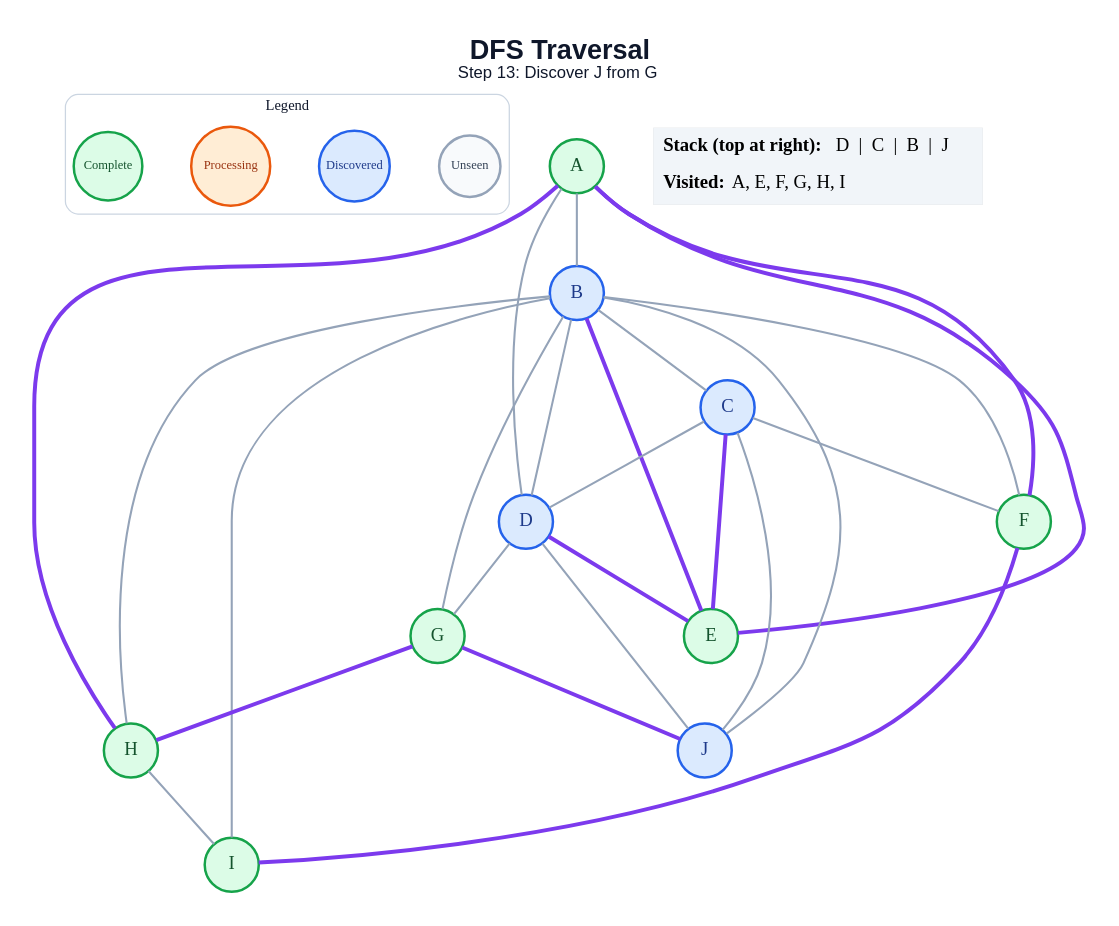
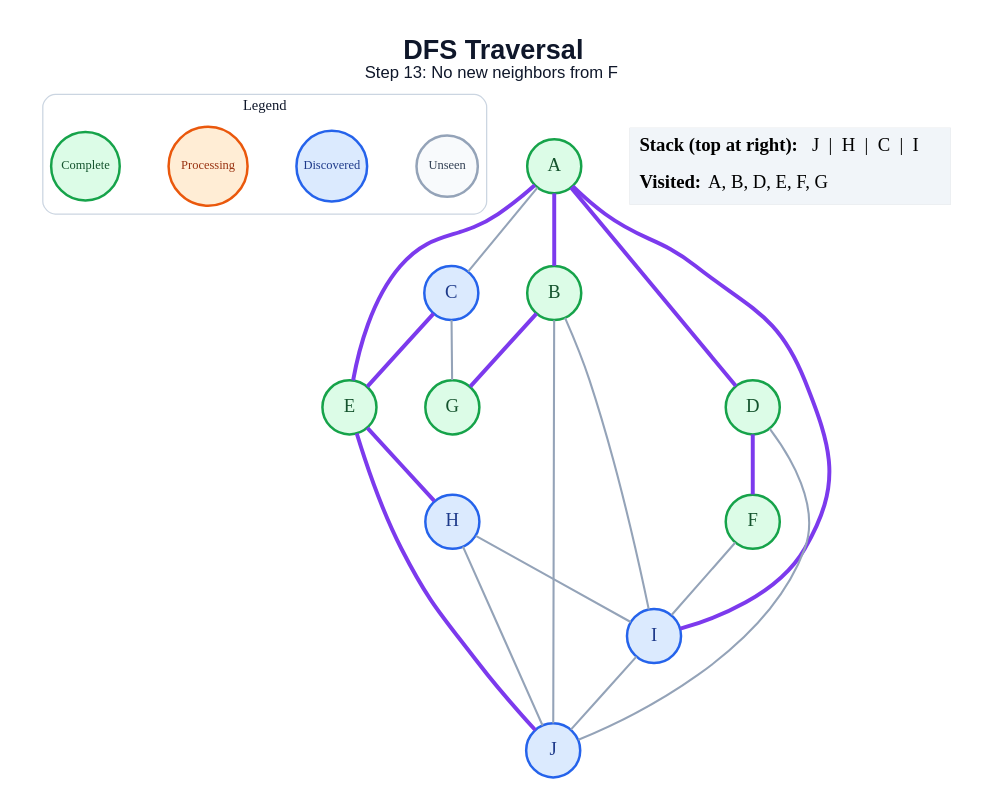
The diagram in generated/specific-node/dfs/step_13.dot (amanghodawala9/ai-slop), drawn with Graphviz before and after one commit. The commit also changed 178 other files, not shown here.

```diff
--- a/generated/specific-node/dfs/step_13.dot
+++ b/generated/specific-node/dfs/step_13.dot
@@ -1,53 +1,47 @@
 graph traversal {
   graph [layout=dot, rankdir=TB, bgcolor="#FFFFFF", pad="0.35", nodesep="0.65", ranksep="0.8", fontname="Arial"];
   node [shape=circle, style="filled", fontname="Arial Bold", fontsize=18, width=0.72, fixedsize=true, penwidth=2.4];
   edge [color="#94A3B8", penwidth=2.0];
-  label=<<B>DFS Traversal</B><BR/><FONT POINT-SIZE="16">Step 13: Discover J from G</FONT>>; labelloc="t"; fontsize=26; fontname="Arial"; fontcolor="#0F172A";
+  label=<<B>DFS Traversal</B><BR/><FONT POINT-SIZE="16">Step 13: No new neighbors from F</FONT>>; labelloc="t"; fontsize=26; fontname="Arial"; fontcolor="#0F172A";
   subgraph cluster_legend { label="Legend"; color="#CBD5E1"; penwidth=1.2; style="rounded"; fontsize=14; fontname="Arial Bold";
     key_unseen [label="Unseen", fillcolor="#F8FAFC", color="#94A3B8", fontcolor="#334155", fontsize=12, width=0.82];
     key_frontier [label="Discovered", fillcolor="#DBEAFE", color="#2563EB", fontcolor="#1E3A8A", fontsize=12, width=0.95];
     key_current [label="Processing", fillcolor="#FFEDD5", color="#EA580C", fontcolor="#9A3412", fontsize=12, width=1.05];
     key_done [label="Complete", fillcolor="#DCFCE7", color="#16A34A", fontcolor="#14532D", fontsize=12, width=0.92];
     { rank=same; key_unseen; key_frontier; key_current; key_done; }
   }
   A [fillcolor="#DCFCE7", color="#16A34A", fontcolor="#14532D"];
-  B [fillcolor="#DBEAFE", color="#2563EB", fontcolor="#1E3A8A"];
+  B [fillcolor="#DCFCE7", color="#16A34A", fontcolor="#14532D"];
   C [fillcolor="#DBEAFE", color="#2563EB", fontcolor="#1E3A8A"];
-  D [fillcolor="#DBEAFE", color="#2563EB", fontcolor="#1E3A8A"];
+  D [fillcolor="#DCFCE7", color="#16A34A", fontcolor="#14532D"];
   E [fillcolor="#DCFCE7", color="#16A34A", fontcolor="#14532D"];
   F [fillcolor="#DCFCE7", color="#16A34A", fontcolor="#14532D"];
   G [fillcolor="#DCFCE7", color="#16A34A", fontcolor="#14532D"];
-  H [fillcolor="#DCFCE7", color="#16A34A", fontcolor="#14532D"];
-  I [fillcolor="#DCFCE7", color="#16A34A", fontcolor="#14532D"];
+  H [fillcolor="#DBEAFE", color="#2563EB", fontcolor="#1E3A8A"];
+  I [fillcolor="#DBEAFE", color="#2563EB", fontcolor="#1E3A8A"];
   J [fillcolor="#DBEAFE", color="#2563EB", fontcolor="#1E3A8A"];
-  A -- B;
-  A -- D;
+  A -- B [color="#7C3AED", penwidth=3.8];
+  A -- C;
+  A -- D [color="#7C3AED", penwidth=3.8];
   A -- E [color="#7C3AED", penwidth=3.8];
-  A -- F [color="#7C3AED", penwidth=3.8];
-  A -- H [color="#7C3AED", penwidth=3.8];
-  B -- C;
-  B -- D;
-  B -- E [color="#7C3AED", penwidth=3.8];
-  B -- F;
-  B -- G;
-  B -- H;
+  A -- I [color="#7C3AED", penwidth=3.8];
+  B -- G [color="#7C3AED", penwidth=3.8];
   B -- I;
   B -- J;
-  C -- D;
   C -- E [color="#7C3AED", penwidth=3.8];
-  C -- F;
-  C -- J;
-  D -- E [color="#7C3AED", penwidth=3.8];
-  D -- G;
+  C -- G;
+  D -- F [color="#7C3AED", penwidth=3.8];
   D -- J;
-  F -- I [color="#7C3AED", penwidth=3.8];
-  G -- H [color="#7C3AED", penwidth=3.8];
-  G -- J [color="#7C3AED", penwidth=3.8];
+  E -- H [color="#7C3AED", penwidth=3.8];
+  E -- J [color="#7C3AED", penwidth=3.8];
+  F -- I;
   H -- I;
+  H -- J;
+  I -- J;
   status [shape=plain, fixedsize=false, width=0, height=0, margin=0, label=<
     <TABLE BORDER="0" CELLBORDER="0" CELLPADDING="7" BGCOLOR="#F1F5F9">
-      <TR><TD ALIGN="LEFT"><B>Stack (top at right):</B> D  |  C  |  B  |  J</TD></TR>
-      <TR><TD ALIGN="LEFT"><B>Visited:</B> A, E, F, G, H, I</TD></TR>
+      <TR><TD ALIGN="LEFT"><B>Stack (top at right):</B> J  |  H  |  C  |  I</TD></TR>
+      <TR><TD ALIGN="LEFT"><B>Visited:</B> A, B, D, E, F, G</TD></TR>
     </TABLE>
   >];
 }
```
